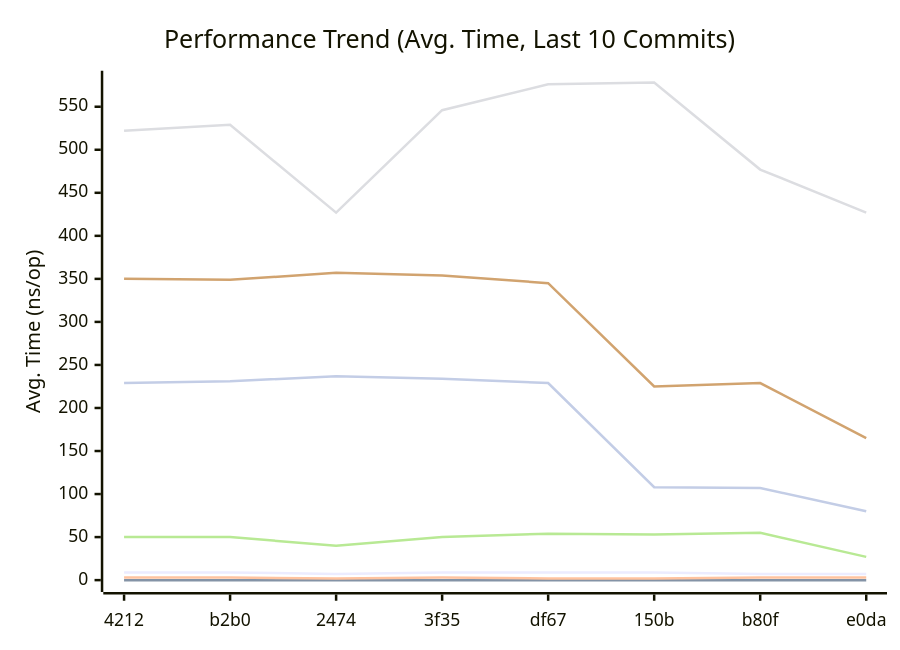
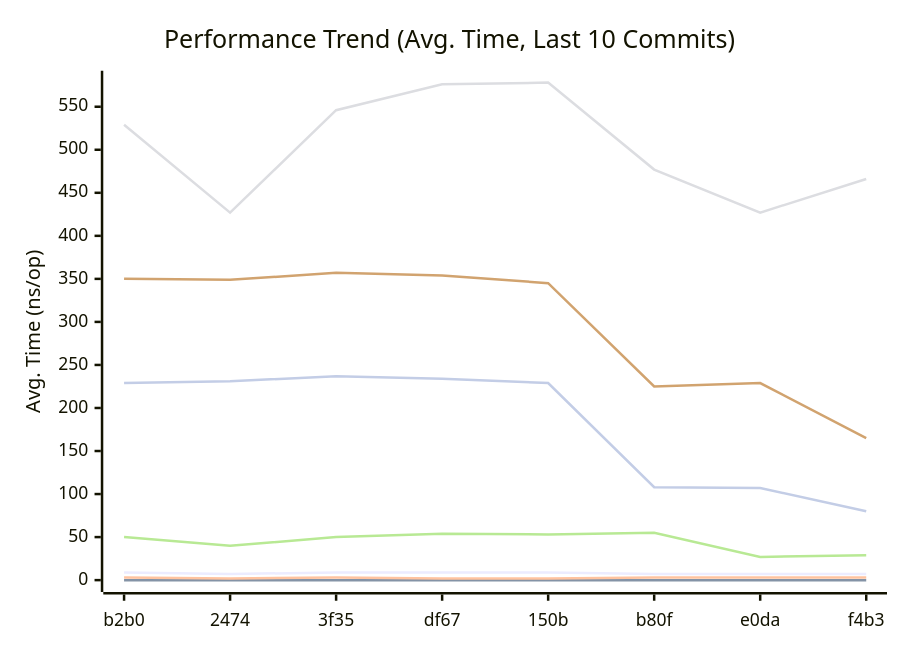
The first of 3 diagrams in docs/README.md (alsotoes/momo), drawn with Mermaid before and after one commit. The commit also changed other lines of this file and 1 other file, not shown here.

````diff
--- a/docs/README.md
+++ b/docs/README.md
@@ -153,14 +153,14 @@
 ```mermaid
 xychart-beta
     title "Performance Trend (Avg. Time, Last 10 Commits)"
     x-axis "Commit"
     y-axis "Avg. Time (ns/op)"
-    x-axis [4212,b2b0,2474,3f35,df67,150b,b80f,e0da]
-    line "CheckMetricsAndSwap" [9,9,7,9,9,9,7,7,7,7]
+    x-axis [b2b0,2474,3f35,df67,150b,b80f,e0da,f4b3]
+    line "CheckMetricsAndSwap" [9,7,9,9,9,7,7,7,7,7]
     line "IndexDirectTracking" [0,0,0,0,0,0,0,0,0,0]
-    line "IndexSearch" [3,3,2,3,2,2,3,3,3,3]
-    line "LoadGlobalConfig" [522,529,427,546,576,578,477,427,466,453]
-    line "PadString" [50,50,40,50,54,53,55,27,29,29]
+    line "IndexSearch" [3,2,3,2,2,3,3,3,3,2]
+    line "LoadGlobalConfig" [529,427,546,576,578,477,427,466,453,431]
+    line "PadString" [50,40,50,54,53,55,27,29,29,1]
     line "ParseReplicationOrder_NoPrealloc" [350,349,357,354,345,225,229,165,232,234]
     line "ParseReplicationOrder_Prealloc" [229,231,237,234,229,108,107,80,110,109]
 ```
````
